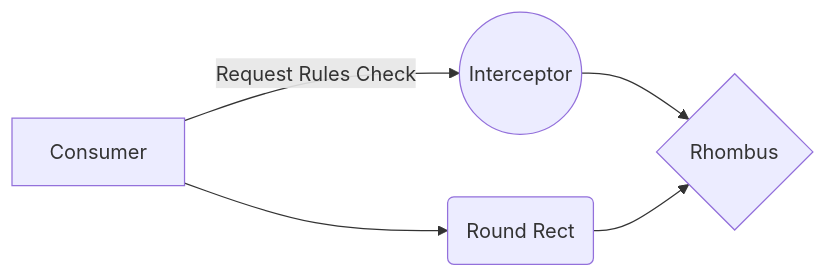
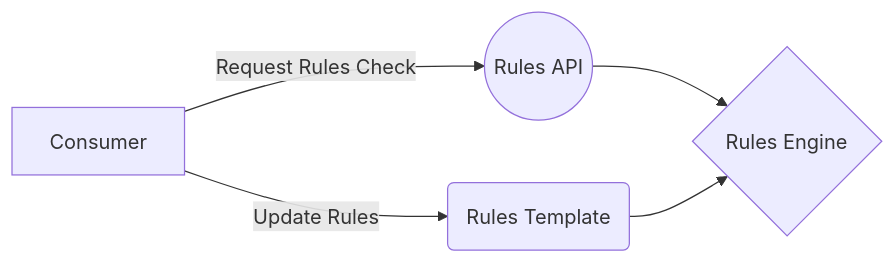
Before and after one commit to dasong666/sparklight: the second of 2 diagrams in README.md, drawn with Mermaid. The commit also changed other lines of this file, not shown here.

````diff
--- a/README.md
+++ b/README.md
@@ -14,7 +35,7 @@
 ```mermaid
 graph LR
-A[Consumer] -- Request Rules Check --> B((Interceptor))
-A --> C(Round Rect)
-B --> D{Rhombus}
+A[Consumer] -- Request Rules Check --> B((Rules API))
+A -- Update Rules  --> C(Rules Template)
+B --> D{Rules Engine}
 C --> D
 ```
````
